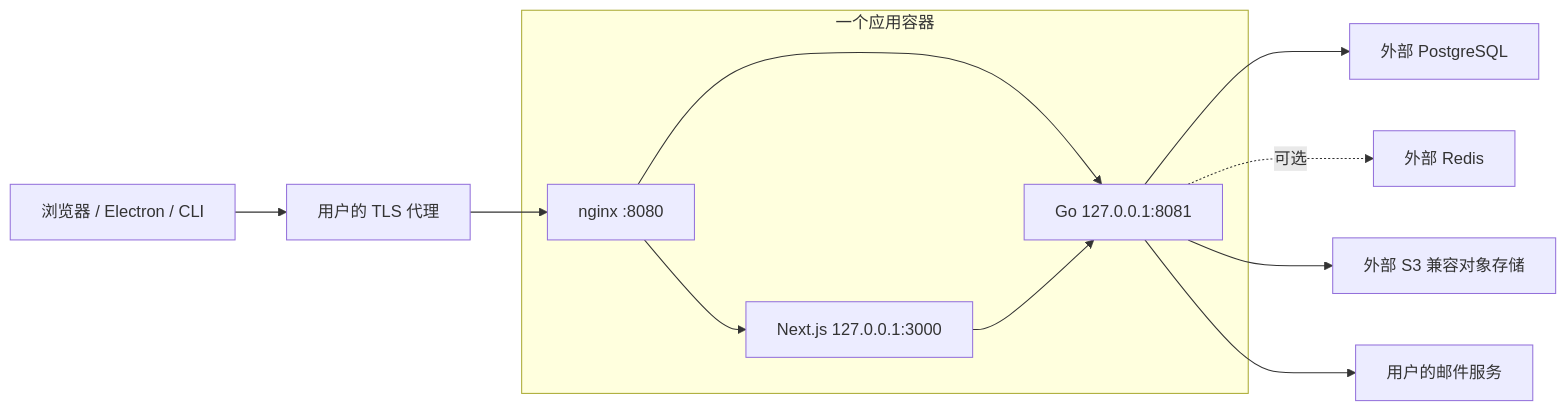
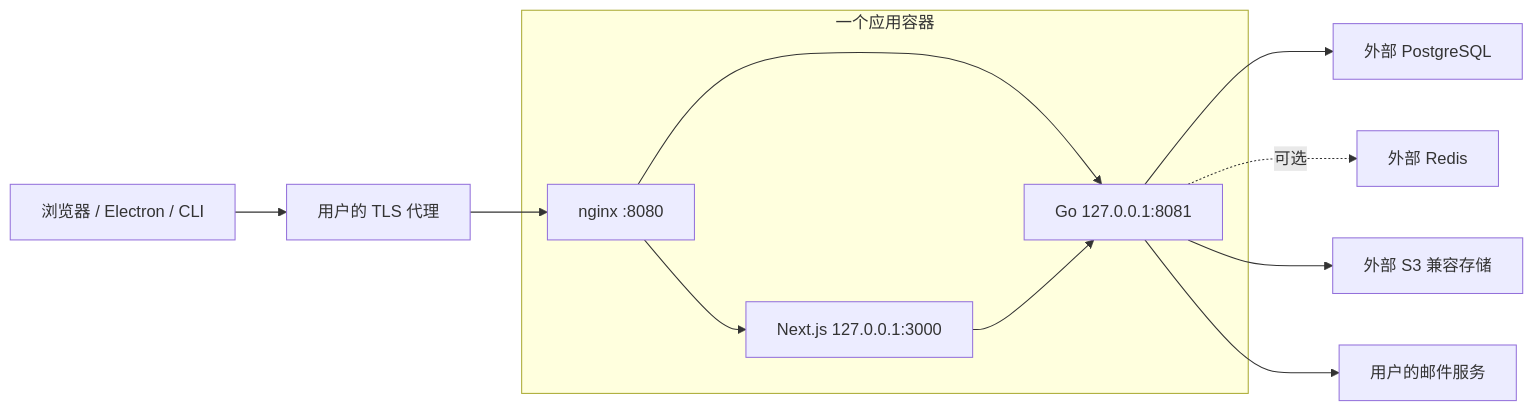
Before and after one commit to wsshow/multica: the diagram in docs/integrated-image.zh.md, drawn with Mermaid. The commit also changed other lines of this file and 38 other files, not shown here.

````diff
--- a/docs/integrated-image.zh.md
+++ b/docs/integrated-image.zh.md
@@ -11,14 +11,14 @@
 ```mermaid
 flowchart LR
     clients[浏览器 / Electron / CLI] --> edge[用户的 TLS 代理]
     edge --> gateway
     subgraph image[一个应用容器]
         gateway[nginx :8080] --> web[Next.js 127.0.0.1:3000]
         gateway --> api[Go 127.0.0.1:8081]
         web --> api
     end
     api --> postgres[外部 PostgreSQL]
     api -. 可选 .-> redis[外部 Redis]
-    api --> objects[外部 S3 兼容对象存储]
+    api --> objects[外部 S3 兼容存储]
     api --> email[用户的邮件服务]
 ```
````
